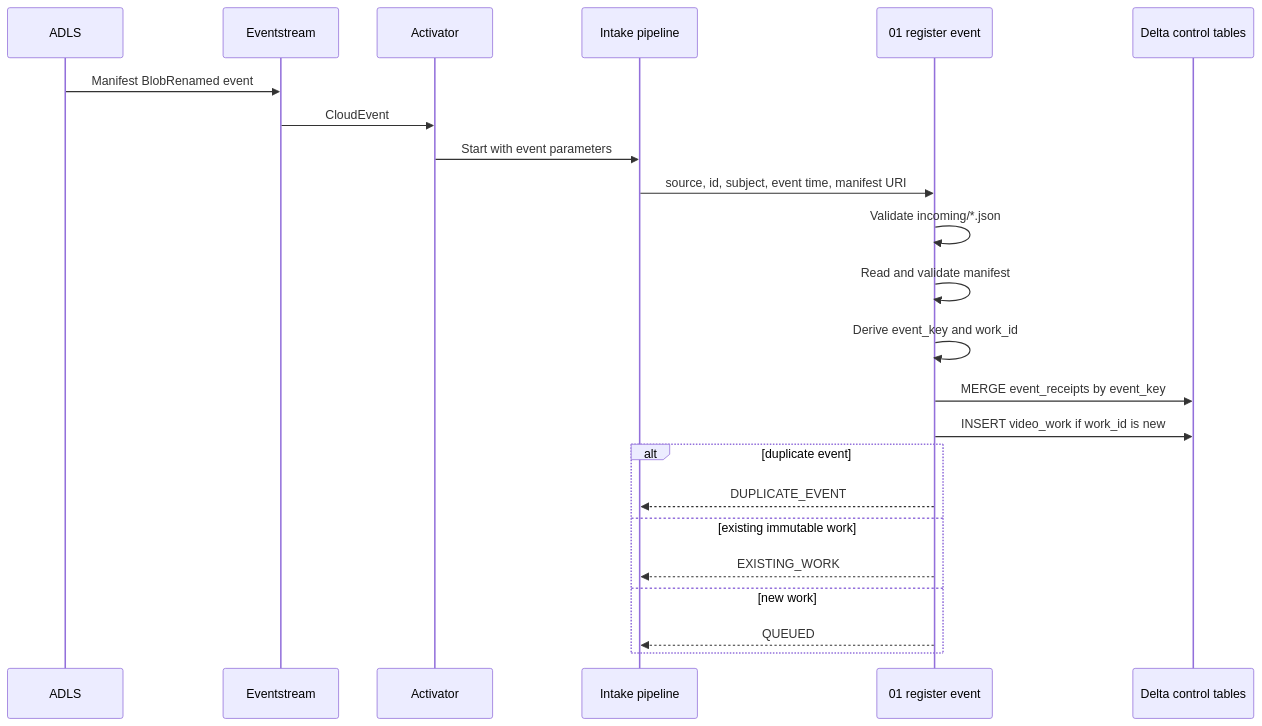
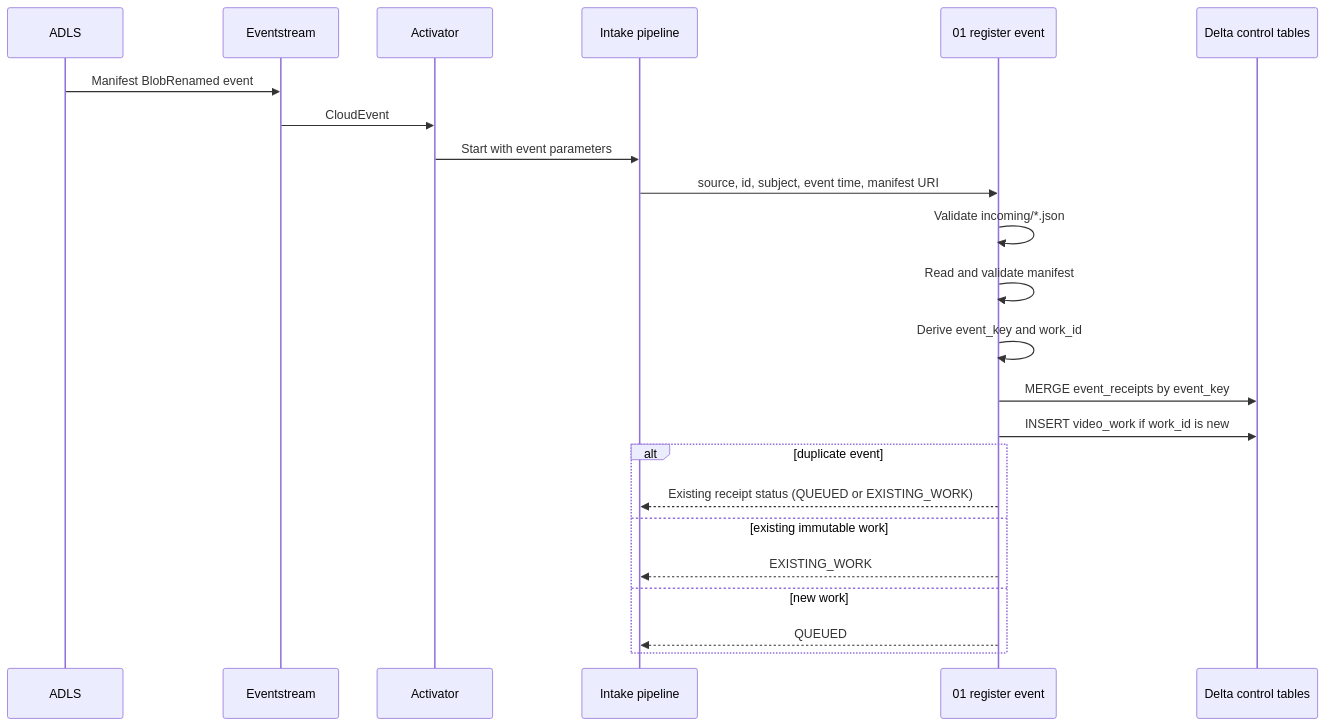
One commit to martins-vds/people-counter changed the second of 6 diagrams in notebooks/fabric/README.md. Above: the diagram before and after it, drawn with Mermaid. The commit also changed other lines of this file and 13 other files, not shown here.

````diff
--- a/notebooks/fabric/README.md
+++ b/notebooks/fabric/README.md
@@ -209,26 +209,26 @@
 ```mermaid
 sequenceDiagram
     participant ADLS
     participant ES as Eventstream
     participant ACT as Activator
     participant PIPE as Intake pipeline
     participant REG as 01 register event
     participant DELTA as Delta control tables
 
     ADLS->>ES: Manifest BlobRenamed event
     ES->>ACT: CloudEvent
     ACT->>PIPE: Start with event parameters
     PIPE->>REG: source, id, subject, event time, manifest URI
     REG->>REG: Validate incoming/*.json
     REG->>REG: Read and validate manifest
     REG->>REG: Derive event_key and work_id
     REG->>DELTA: MERGE event_receipts by event_key
     REG->>DELTA: INSERT video_work if work_id is new
     alt duplicate event
-        REG-->>PIPE: DUPLICATE_EVENT
+        REG-->>PIPE: Existing receipt status (QUEUED or EXISTING_WORK)
     else existing immutable work
         REG-->>PIPE: EXISTING_WORK
     else new work
         REG-->>PIPE: QUEUED
     end
 ```
````
